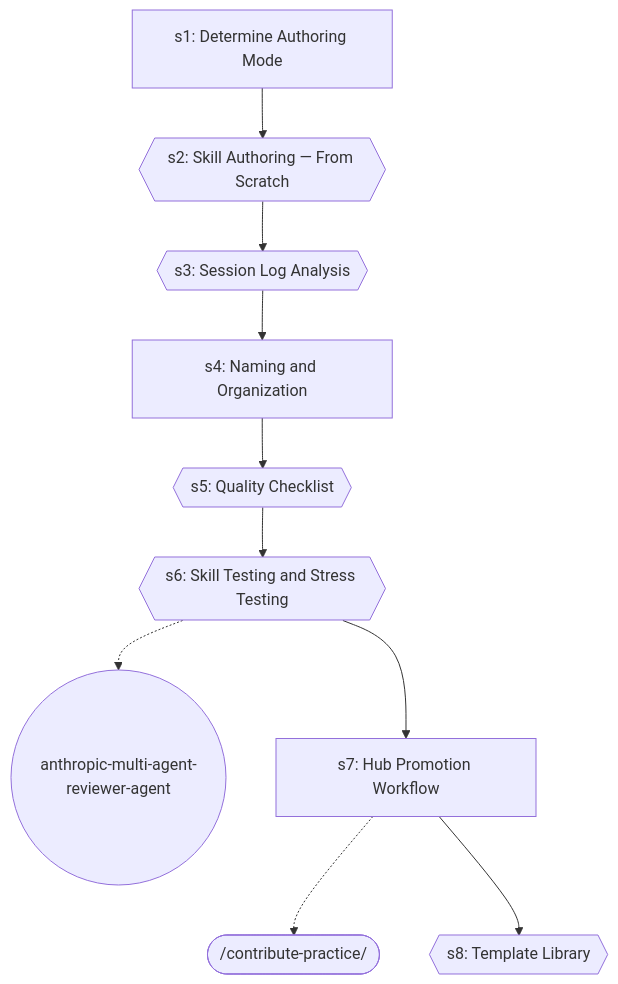
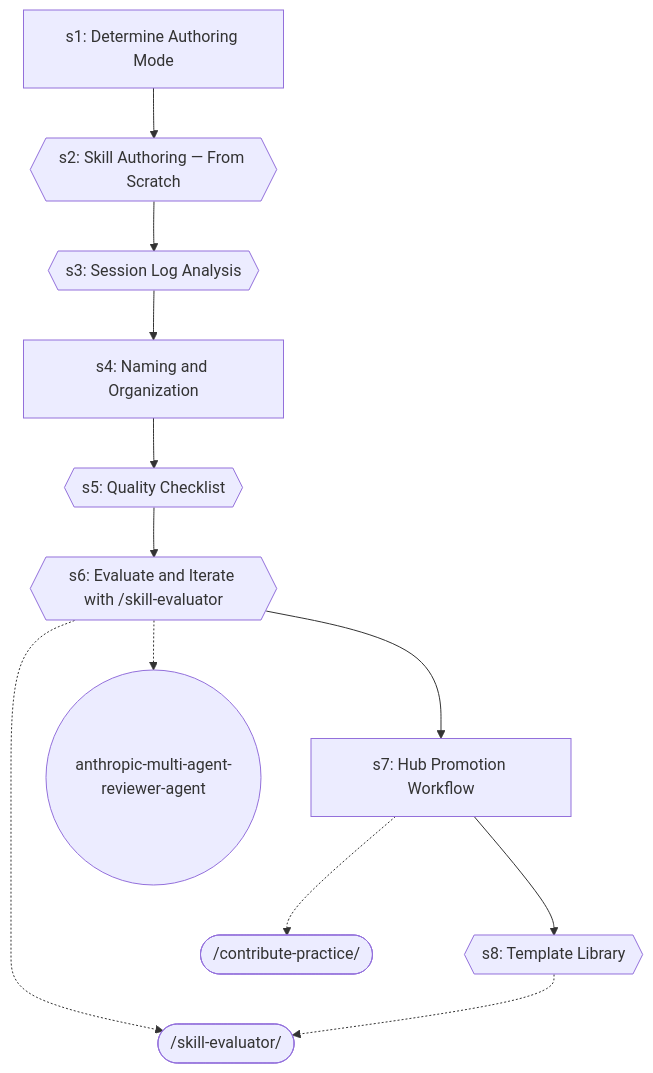
One commit to abhayla/claude-best-practices changed diagram 20 of 20 in docs/workflows/learning-self-improvement.md. Above: the diagram before and after it, drawn with Mermaid. The commit also changed other lines of this file and 13 other files, not shown here.

````diff
--- a/docs/workflows/learning-self-improvement.md
+++ b/docs/workflows/learning-self-improvement.md
@@ -788,22 +791,26 @@
 ```mermaid
 graph TD
     s1["s1: Determine Authoring Mode"]
     s2{{s2: Skill Authoring — From Scratch}}
     s1 --> s2
     s3{{s3: Session Log Analysis}}
     s2 --> s3
     s4["s4: Naming and Organization"]
     s3 --> s4
     s5{{s5: Quality Checklist}}
     s4 --> s5
-    s6{{s6: Skill Testing and Stress Testing}}
+    s6{{s6: Evaluate and Iterate with /skill-evaluator}}
     s5 --> s6
+    skill_evaluator_ext([/skill-evaluator/])
+    s6 -.-> skill_evaluator_ext
     anthropic_multi_agent_reviewer_agent_ext((anthropic-multi-agent-reviewer-agent))
     s6 -.-> anthropic_multi_agent_reviewer_agent_ext
     s7["s7: Hub Promotion Workflow"]
     s6 --> s7
     contribute_practice_ext([/contribute-practice/])
     s7 -.-> contribute_practice_ext
     s8{{s8: Template Library}}
     s7 --> s8
+    skill_evaluator_ext([/skill-evaluator/])
+    s8 -.-> skill_evaluator_ext
 ```
````
